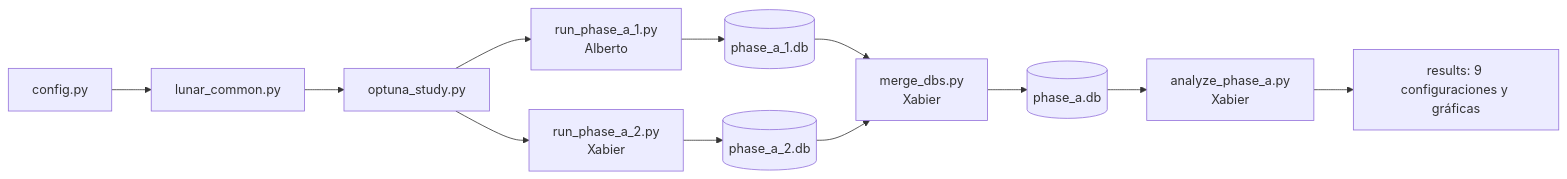
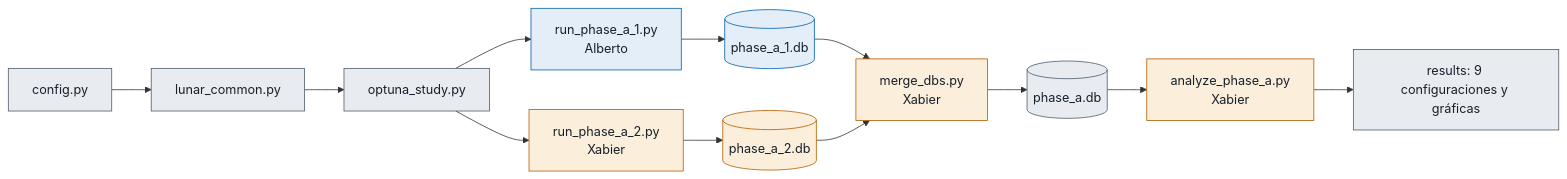
One commit to xabierabadperez/RL-Actividad_01 changed the diagram in ESTADO_EQUIPO.md. Above: the diagram before and after it, drawn with Mermaid. The commit also changed other lines of this file, not shown here.

````diff
--- a/ESTADO_EQUIPO.md
+++ b/ESTADO_EQUIPO.md
@@ -57,13 +80,20 @@
 ```mermaid
 flowchart LR
     C[config.py] --> L[lunar_common.py] --> O[optuna_study.py]
     O --> R1[run_phase_a_1.py<br/>Alberto]
     O --> R2[run_phase_a_2.py<br/>Xabier]
     R1 --> D1[(phase_a_1.db)]
     R2 --> D2[(phase_a_2.db)]
     D1 --> M[merge_dbs.py<br/>Xabier]
     D2 --> M
     M --> D[(phase_a.db)]
     D --> A[analyze_phase_a.py<br/>Xabier]
     A --> Z[results: 9 configuraciones y gráficas]
+
+    classDef compartido fill:#e8ecf1,stroke:#4d5b6c,color:#17202c
+    classDef alberto fill:#e3eef8,stroke:#0060aa,color:#17202c
+    classDef xabier fill:#fbeedb,stroke:#b35c00,color:#17202c
+    class C,L,O,D,Z compartido
+    class R1,D1 alberto
+    class R2,D2,M,A xabier
 ```
````
